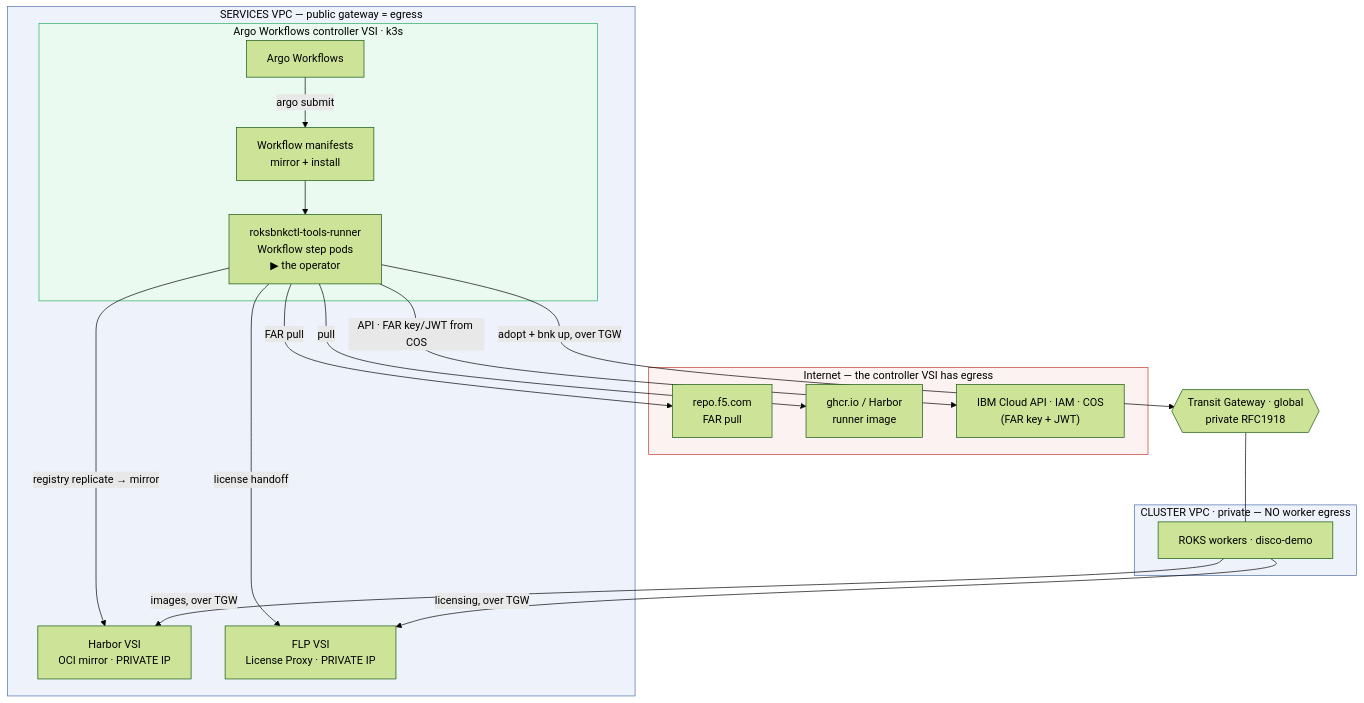
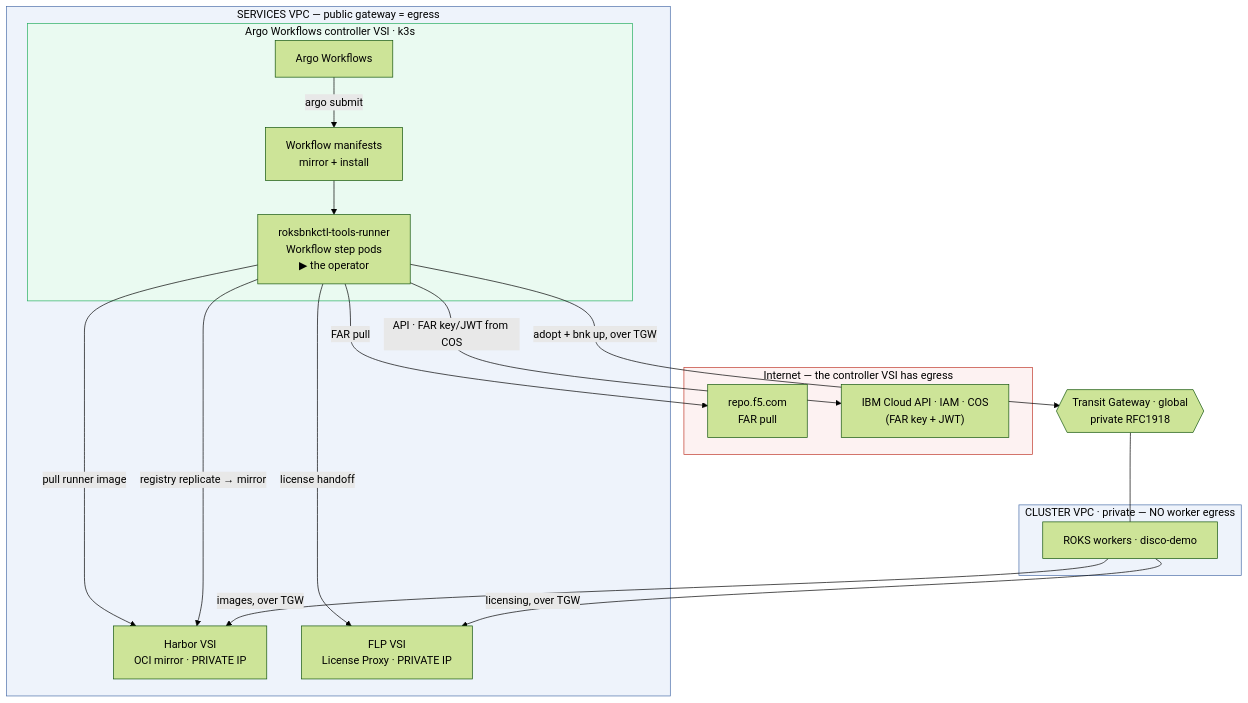
Before and after one commit to jgruberf5/roksbnkctl: the second of 2 diagrams in book/src/appendix-a-disconnected-roks-cluster.md, drawn with Mermaid (forest theme). The commit also changed other lines of this file and 4 other files, not shown here.

First line of the commit message:
feat(ci-demo): serve the runner image from Harbor (full air-gap) + refreshed FLP shot

````diff
--- a/book/src/appendix-a-disconnected-roks-cluster.md
+++ b/book/src/appendix-a-disconnected-roks-cluster.md
@@ -555,38 +565,37 @@
 ```mermaid
 graph TB
     subgraph net["Internet — the controller VSI has egress"]
         FAR["repo.f5.com<br/>FAR pull"]
-        IMG["ghcr.io / Harbor<br/>runner image"]
         IBM["IBM Cloud API · IAM · COS<br/>(FAR key + JWT)"]
     end
     subgraph svc["SERVICES VPC — public gateway = egress"]
         subgraph ctl["Argo Workflows controller VSI · k3s"]
             AC["Argo Workflows"]
             SRC["Workflow manifests<br/>mirror + install"]
             Runner["roksbnkctl-tools-runner<br/>Workflow step pods<br/>▶ the operator"]
         end
         Harbor["Harbor VSI<br/>OCI mirror · PRIVATE IP"]
         FLP["FLP VSI<br/>License Proxy · PRIVATE IP"]
     end
     TGW{{"Transit Gateway · global<br/>private RFC1918"}}
     subgraph clu["CLUSTER VPC · private — NO worker egress"]
         Workers["ROKS workers · disco-demo"]
     end
     AC -->|"argo submit"| SRC
     SRC --> Runner
-    Runner -->|pull| IMG
+    Runner -->|"pull runner image"| Harbor
     Runner -->|"registry replicate → mirror"| Harbor
     Runner -->|"FAR pull"| FAR
     Runner -->|"API · FAR key/JWT from COS"| IBM
     Runner -->|"adopt + bnk up, over TGW"| TGW
     Runner -->|"license handoff"| FLP
     TGW --- Workers
     Workers -->|"images, over TGW"| Harbor
     Workers -->|"licensing, over TGW"| FLP
     classDef vpc fill:#eef3fb,stroke:#4b6ea9,color:#000;
     classDef inet fill:#fdf2f2,stroke:#c0392b,color:#000;
     classDef controller fill:#eafaf1,stroke:#27ae60,color:#000;
     class svc,clu vpc;
     class net inet;
     class ctl controller;
 ```
````
